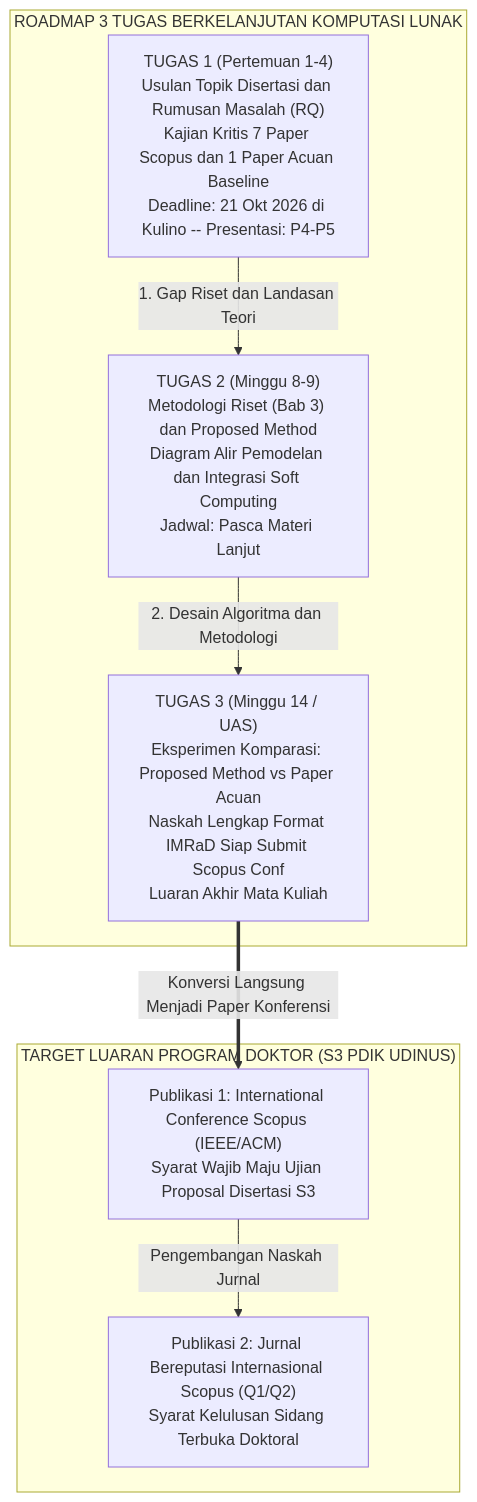
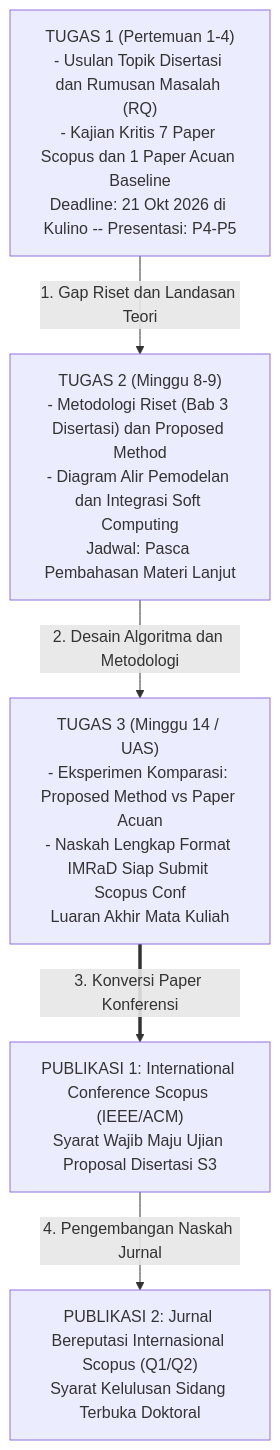
Before and after one commit to antonprafanto/pdik-udinus-notes: the diagram in 04-advanced-soft-computing/pertemuan-01-pengantar-soft-computing-dan-kontrak-tugas.md, drawn with Mermaid.

Commit message:
fix(mermaid): simplify flowchart to ensure 100% GitHub compatibility and zero text clipping

````diff
--- a/04-advanced-soft-computing/pertemuan-01-pengantar-soft-computing-dan-kontrak-tugas.md
+++ b/04-advanced-soft-computing/pertemuan-01-pengantar-soft-computing-dan-kontrak-tugas.md
@@ -26,22 +26,16 @@
 ```mermaid
 flowchart TD
-    subgraph TAHAPAN["ROADMAP 3 TUGAS BERKELANJUTAN KOMPUTASI LUNAK"]
-        T1["TUGAS 1 (Pertemuan 1-4)<br/>Usulan Topik Disertasi dan Rumusan Masalah (RQ)<br/>Kajian Kritis 7 Paper Scopus dan 1 Paper Acuan Baseline<br/>Deadline: 21 Okt 2026 di Kulino -- Presentasi: P4-P5"]
+    T1["TUGAS 1 (Pertemuan 1-4)<br/>- Usulan Topik Disertasi dan Rumusan Masalah (RQ)<br/>- Kajian Kritis 7 Paper Scopus dan 1 Paper Acuan Baseline<br/>Deadline: 21 Okt 2026 di Kulino -- Presentasi: P4-P5"]
+    
+    T2["TUGAS 2 (Minggu 8-9)<br/>- Metodologi Riset (Bab 3 Disertasi) dan Proposed Method<br/>- Diagram Alir Pemodelan dan Integrasi Soft Computing<br/>Jadwal: Pasca Pembahasan Materi Lanjut"]
+    
+    T3["TUGAS 3 (Minggu 14 / UAS)<br/>- Eksperimen Komparasi: Proposed Method vs Paper Acuan<br/>- Naskah Lengkap Format IMRaD Siap Submit Scopus Conf<br/>Luaran Akhir Mata Kuliah"]
+    
+    PUB1["PUBLIKASI 1: International Conference Scopus (IEEE/ACM)<br/>Syarat Wajib Maju Ujian Proposal Disertasi S3"]
+    PUB2["PUBLIKASI 2: Jurnal Bereputasi Internasional Scopus (Q1/Q2)<br/>Syarat Kelulusan Sidang Terbuka Doktoral"]
 
-        T2["TUGAS 2 (Minggu 8-9)<br/>Metodologi Riset (Bab 3) dan Proposed Method<br/>Diagram Alir Pemodelan dan Integrasi Soft Computing<br/>Jadwal: Pasca Materi Lanjut"]
-
-        T3["TUGAS 3 (Minggu 14 / UAS)<br/>Eksperimen Komparasi: Proposed Method vs Paper Acuan<br/>Naskah Lengkap Format IMRaD Siap Submit Scopus Conf<br/>Luaran Akhir Mata Kuliah"]
-
-        T1 -->|"1. Gap Riset dan Landasan Teori"| T2
-        T2 -->|"2. Desain Algoritma dan Metodologi"| T3
-    end
-
-    subgraph LUARAN["TARGET LUARAN PROGRAM DOKTOR (S3 PDIK UDINUS)"]
-        PUB1["Publikasi 1: International Conference Scopus (IEEE/ACM)<br/>Syarat Wajib Maju Ujian Proposal Disertasi S3"]
-        PUB2["Publikasi 2: Jurnal Bereputasi Internasional Scopus (Q1/Q2)<br/>Syarat Kelulusan Sidang Terbuka Doktoral"]
-
-        PUB1 -->|"Pengembangan Naskah Jurnal"| PUB2
-    end
-
-    T3 ==>|"Konversi Langsung Menjadi Paper Konferensi"| PUB1
+    T1 -->|"1. Gap Riset dan Landasan Teori"| T2
+    T2 -->|"2. Desain Algoritma dan Metodologi"| T3
+    T3 ==>|"3. Konversi Paper Konferensi"| PUB1
+    PUB1 -->|"4. Pengembangan Naskah Jurnal"| PUB2
 ```
````
